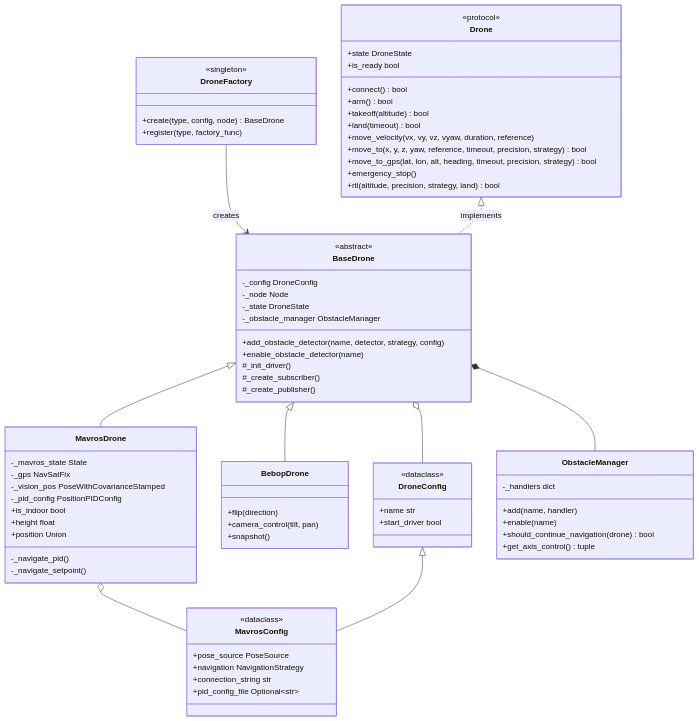
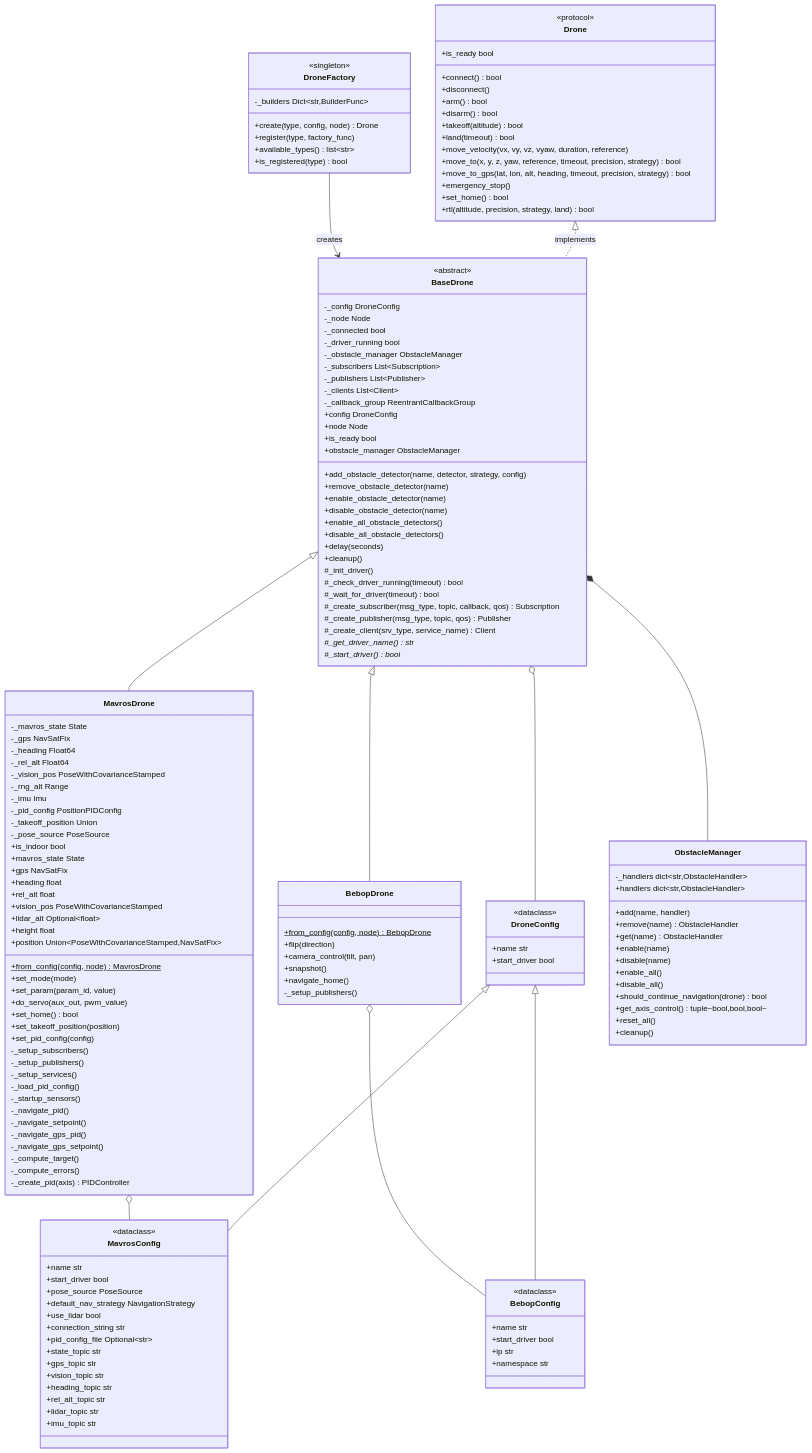
One commit to Black-Bee-Drones/nectar-sdk changed the first of 2 diagrams in mirela_sdk/mirela_sdk/control/README.md. Above: the diagram before and after it, drawn with Mermaid. The commit also changed other lines of this file and 2 other files, not shown here.

Commit message:
docs: update mermaid class diagramns

````diff
--- a/mirela_sdk/mirela_sdk/control/README.md
+++ b/mirela_sdk/mirela_sdk/control/README.md
@@ -16,22 +17,27 @@
 classDiagram
     class DroneFactory {
         <<singleton>>
-        +create(type, config, node) BaseDrone
+        -_builders Dict~str,BuilderFunc~
+        +create(type, config, node) Drone
         +register(type, factory_func)
+        +available_types() list~str~
+        +is_registered(type) bool
     }
     
     class Drone {
         <<protocol>>
-        +state DroneState
         +is_ready bool
         +connect() bool
+        +disconnect()
         +arm() bool
+        +disarm() bool
         +takeoff(altitude) bool
         +land(timeout) bool
         +move_velocity(vx, vy, vz, vyaw, duration, reference)
         +move_to(x, y, z, yaw, reference, timeout, precision, strategy) bool
         +move_to_gps(lat, lon, alt, heading, timeout, precision, strategy) bool
         +emergency_stop()
+        +set_home() bool
         +rtl(altitude, precision, strategy, land) bool
     }
     
@@ -39,31 +45,83 @@
         <<abstract>>
         -_config DroneConfig
         -_node Node
-        -_state DroneState
+        -_connected bool
+        -_driver_running bool
         -_obstacle_manager ObstacleManager
+        -_subscribers List~Subscription~
+        -_publishers List~Publisher~
+        -_clients List~Client~
+        -_callback_group ReentrantCallbackGroup
+        +config DroneConfig
+        +node Node
+        +is_ready bool
+        +obstacle_manager ObstacleManager
         +add_obstacle_detector(name, detector, strategy, config)
+        +remove_obstacle_detector(name)
         +enable_obstacle_detector(name)
+        +disable_obstacle_detector(name)
+        +enable_all_obstacle_detectors()
+        +disable_all_obstacle_detectors()
+        +delay(seconds)
+        +cleanup()
         #_init_driver()
-        #_create_subscriber()
-        #_create_publisher()
+        #_check_driver_running(timeout) bool
+        #_wait_for_driver(timeout) bool
+        #_create_subscriber(msg_type, topic, callback, qos) Subscription
+        #_create_publisher(msg_type, topic, qos) Publisher
+        #_create_client(srv_type, service_name) Client
+        #_get_driver_name()* str
+        #_start_driver()* bool
     }
     
     class MavrosDrone {
         -_mavros_state State
         -_gps NavSatFix
+        -_heading Float64
+        -_rel_alt Float64
         -_vision_pos PoseWithCovarianceStamped
+        -_rng_alt Range
+        -_imu Imu
         -_pid_config PositionPIDConfig
+        -_takeoff_position Union
+        -_pose_source PoseSource
         +is_indoor bool
+        +mavros_state State
+        +gps NavSatFix
+        +heading float
+        +rel_alt float
+        +vision_pos PoseWithCovarianceStamped
+        +lidar_alt Optional~float~
         +height float
-        +position Union
+        +position Union~PoseWithCovarianceStamped,NavSatFix~
+        +from_config(config, node)$ MavrosDrone
+        +set_mode(mode)
+        +set_param(param_id, value)
+        +do_servo(aux_out, pwm_value)
+        +set_home() bool
+        +set_takeoff_position(position)
+        +set_pid_config(config)
+        -_setup_subscribers()
+        -_setup_publishers()
+        -_setup_services()
+        -_load_pid_config()
+        -_startup_sensors()
         -_navigate_pid()
         -_navigate_setpoint()
+        -_navigate_gps_pid()
+        -_navigate_gps_setpoint()
+        -_compute_target()
+        -_compute_errors()
+        -_create_pid(axis) PIDController
     }
     
     class BebopDrone {
+        +from_config(config, node)$ BebopDrone
         +flip(direction)
         +camera_control(tilt, pan)
         +snapshot()
+        +navigate_home()
+        -_setup_publishers()
     }
     
     class DroneConfig {
@@ -74,18 +132,44 @@
     
     class MavrosConfig {
         <<dataclass>>
+        +name str
+        +start_driver bool
         +pose_source PoseSource
-        +navigation NavigationStrategy
+        +default_nav_strategy NavigationStrategy
+        +use_lidar bool
         +connection_string str
         +pid_config_file Optional~str~
+        +state_topic str
+        +gps_topic str
+        +vision_topic str
+        +heading_topic str
+        +rel_alt_topic str
+        +lidar_topic str
+        +imu_topic str
+    }
+    
+    class BebopConfig {
+        <<dataclass>>
+        +name str
+        +start_driver bool
+        +ip str
+        +namespace str
     }
     
     class ObstacleManager {
-        -_handlers dict
+        -_handlers dict~str,ObstacleHandler~
+        +handlers dict~str,ObstacleHandler~
         +add(name, handler)
+        +remove(name) ObstacleHandler
+        +get(name) ObstacleHandler
         +enable(name)
+        +disable(name)
+        +enable_all()
+        +disable_all()
         +should_continue_navigation(drone) bool
-        +get_axis_control() tuple
+        +get_axis_control() tuple~bool,bool,bool~
+        +reset_all()
+        +cleanup()
     }
     
     DroneFactory --> BaseDrone : creates
@@ -95,5 +179,7 @@
     BaseDrone *-- ObstacleManager
     BaseDrone o-- DroneConfig
     MavrosDrone o-- MavrosConfig
+    BebopDrone o-- BebopConfig
     DroneConfig <|-- MavrosConfig
+    DroneConfig <|-- BebopConfig
 ```
````
